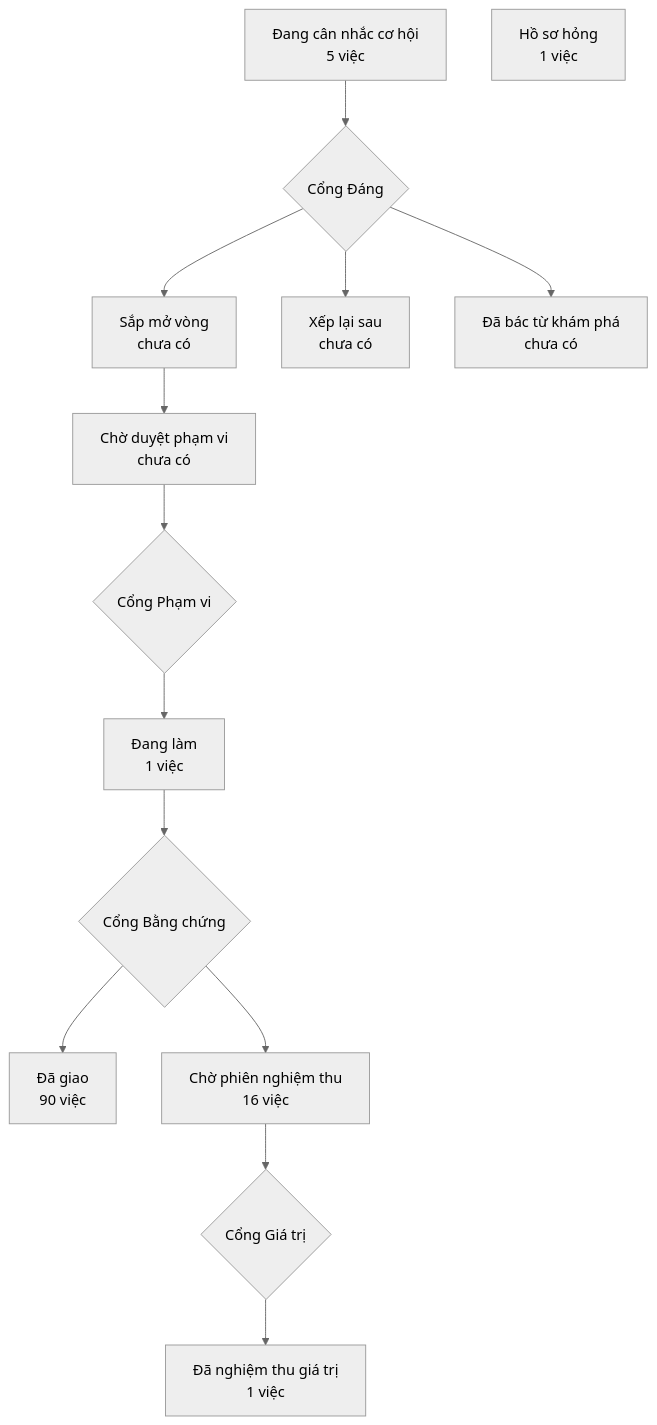
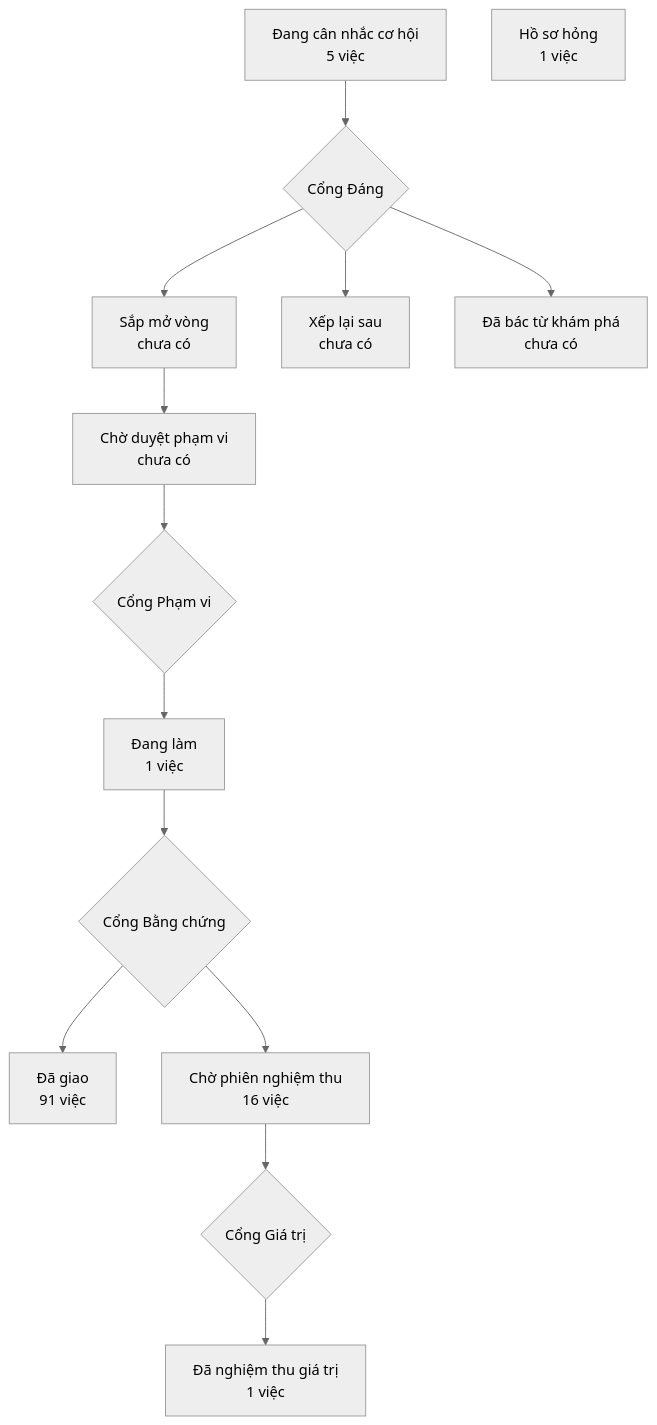
Before and after one commit to phanlemanh/crm-onehub: the diagram in PRODUCT-MAP.md, drawn with Mermaid (neutral theme).

Commit message:
chore: vẽ lại bản đồ sản phẩm sau gộp onehub

````diff
--- a/PRODUCT-MAP.md
+++ b/PRODUCT-MAP.md
@@ -6,13 +6,13 @@
 ```mermaid
 flowchart TD
   A["Đang cân nhắc cơ hội<br/>5 việc"] --> GD{"Cổng Đáng"}
   GD --> B["Sắp mở vòng<br/>chưa có"]
   GD --> XL["Xếp lại sau<br/>chưa có"]
   GD --> DB["Đã bác từ khám phá<br/>chưa có"]
   B --> CD["Chờ duyệt phạm vi<br/>chưa có"] --> GP{"Cổng Phạm vi"}
   GP --> DL["Đang làm<br/>1 việc"] --> GB{"Cổng Bằng chứng"}
-  GB --> DG["Đã giao<br/>90 việc"]
+  GB --> DG["Đã giao<br/>91 việc"]
   GB --> CN["Chờ phiên nghiệm thu<br/>16 việc"] --> GG{"Cổng Giá trị"}
   GG --> NT["Đã nghiệm thu giá trị<br/>1 việc"]
   HS["Hồ sơ hỏng<br/>1 việc"]
 ```
````
